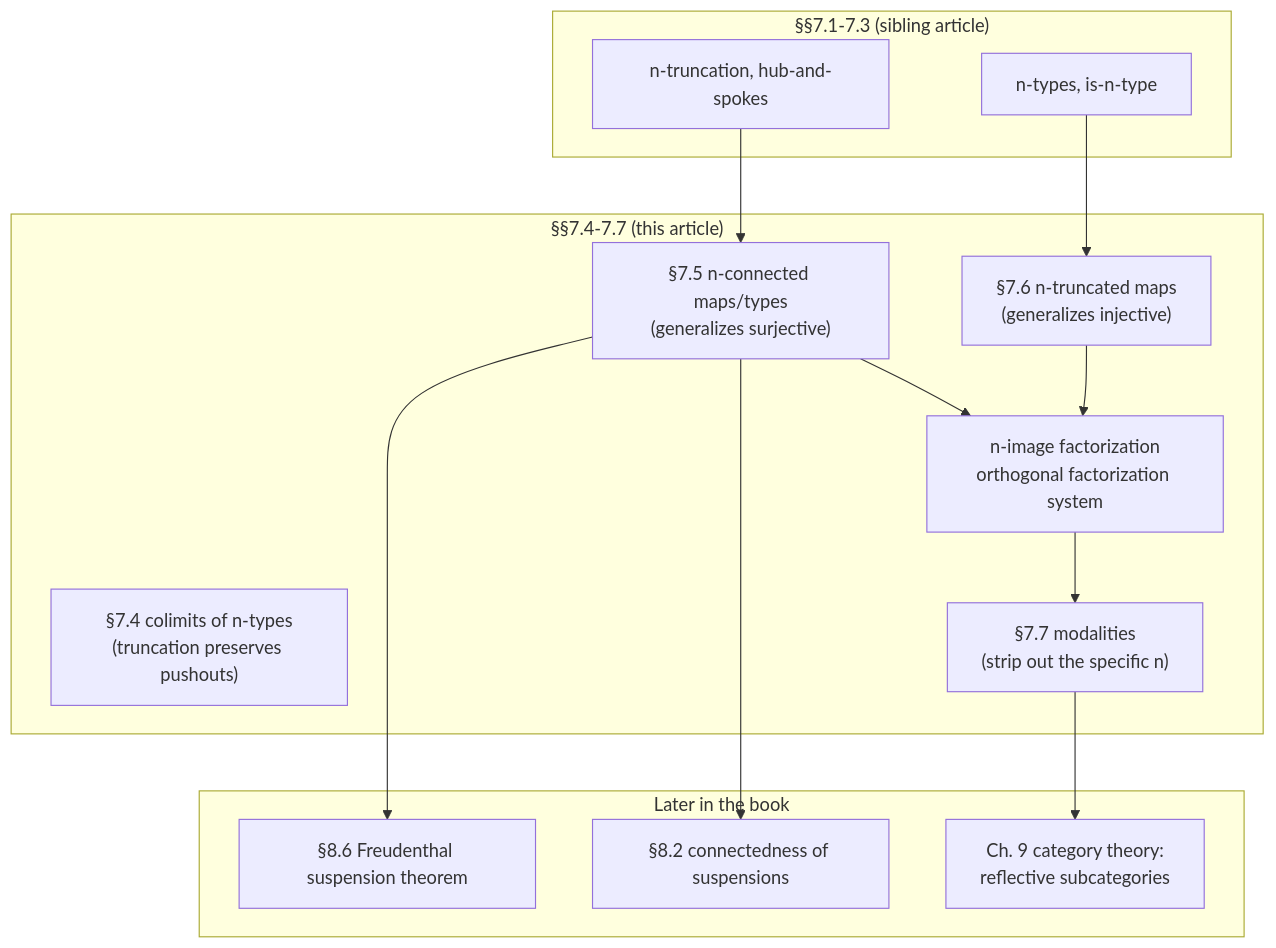
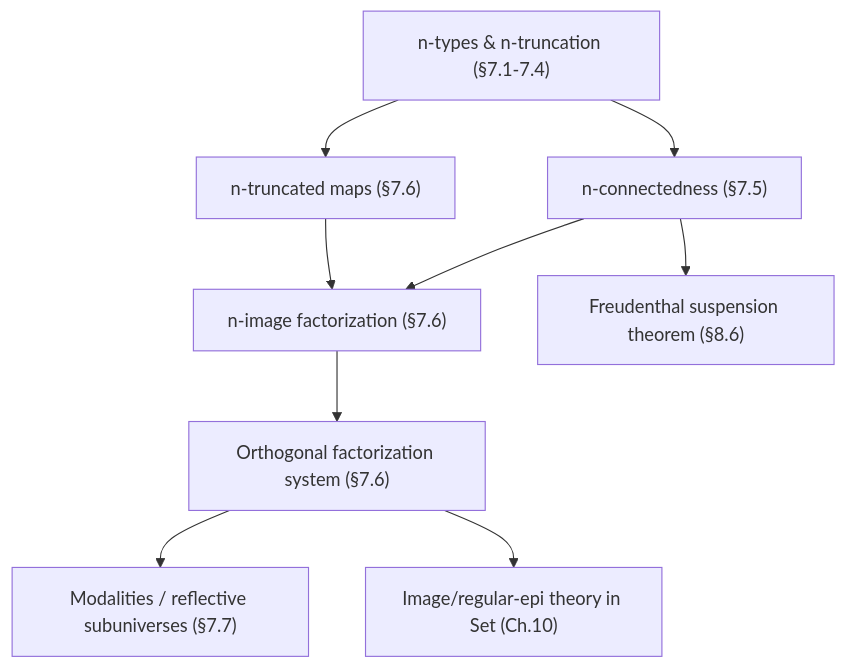
One commit to superoptimo/type_theory_vaults changed the second of 2 diagrams in 14_homotopy_type_theory/Connectedness-and-Orthogonal-Factorization.md. Above: the diagram before and after it, drawn with Mermaid. The commit also changed other lines of this file and 1097 other files, not shown here.

Commit message:
Update vaults books with learning roadmaps

````diff
--- a/14_homotopy_type_theory/Connectedness-and-Orthogonal-Factorization.md
+++ b/14_homotopy_type_theory/Connectedness-and-Orthogonal-Factorization.md
@@ -187,27 +293,11 @@
 ```mermaid
 flowchart TD
-    subgraph prior["§§7.1-7.3 (sibling article)"]
-        NT["n-types, is-n-type"]
-        TR["n-truncation, hub-and-spokes"]
-    end
-    subgraph here["§§7.4-7.7 (this article)"]
-        COL["§7.4 colimits of n-types<br/>(truncation preserves pushouts)"]
-        CONN["§7.5 n-connected maps/types<br/>(generalizes surjective)"]
-        TRUNC["§7.6 n-truncated maps<br/>(generalizes injective)"]
-        FACT["n-image factorization<br/>orthogonal factorization system"]
-        MOD["§7.7 modalities<br/>(strip out the specific n)"]
-    end
-    subgraph later["Later in the book"]
-        FREUD["§8.6 Freudenthal suspension theorem"]
-        SUSP["§8.2 connectedness of suspensions"]
-        CAT["Ch. 9 category theory:<br/>reflective subcategories"]
-    end
-    NT --> TRUNC
-    TR --> CONN
-    CONN --> FACT
-    TRUNC --> FACT
-    FACT --> MOD
-    CONN --> FREUD
-    CONN --> SUSP
-    MOD --> CAT
+    T["n-types & n-truncation (§7.1-7.4)"] --> C["n-connectedness (§7.5)"]
+    T --> Tr["n-truncated maps (§7.6)"]
+    C --> F["n-image factorization (§7.6)"]
+    Tr --> F
+    F --> O["Orthogonal factorization system (§7.6)"]
+    O --> M["Modalities / reflective subuniverses (§7.7)"]
+    C --> Fr["Freudenthal suspension theorem (§8.6)"]
+    O --> Cat["Image/regular-epi theory in Set (Ch.10)"]
 ```
````
